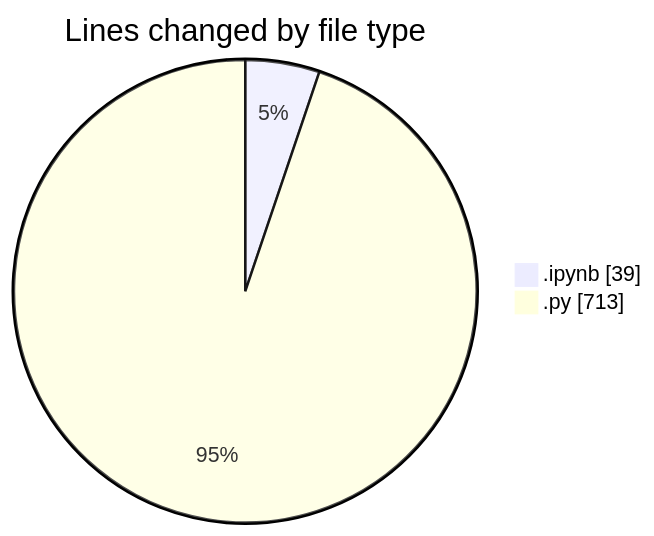
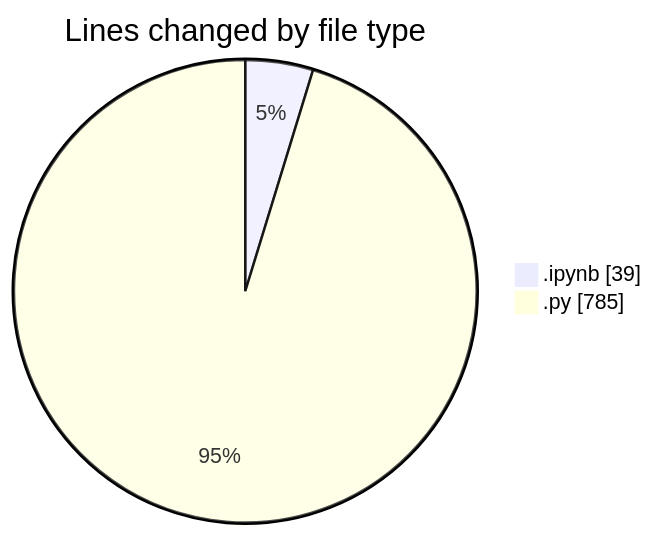
Before and after one commit to MatusMokan/code-tracking: the first of 2 diagrams in 2025-03-15/myws__workspace_/README.md, drawn with Mermaid. The commit also changed other lines of this file and 1 other file, not shown here.

````diff
--- a/2025-03-15/myws__workspace_/README.md
+++ b/2025-03-15/myws__workspace_/README.md
@@ -21,6 +21,6 @@
 ```mermaid
 pie showData
 title Lines changed by file type
 ".ipynb" : 39
-".py" : 713
+".py" : 785
 ```
````
